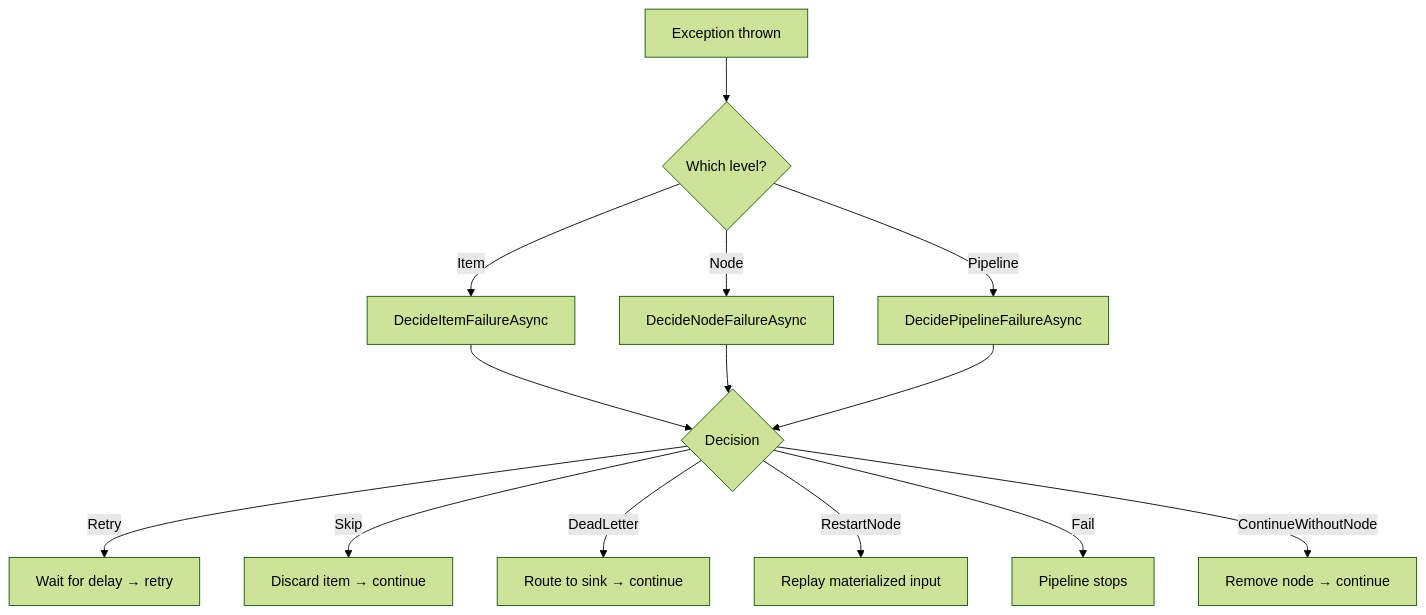
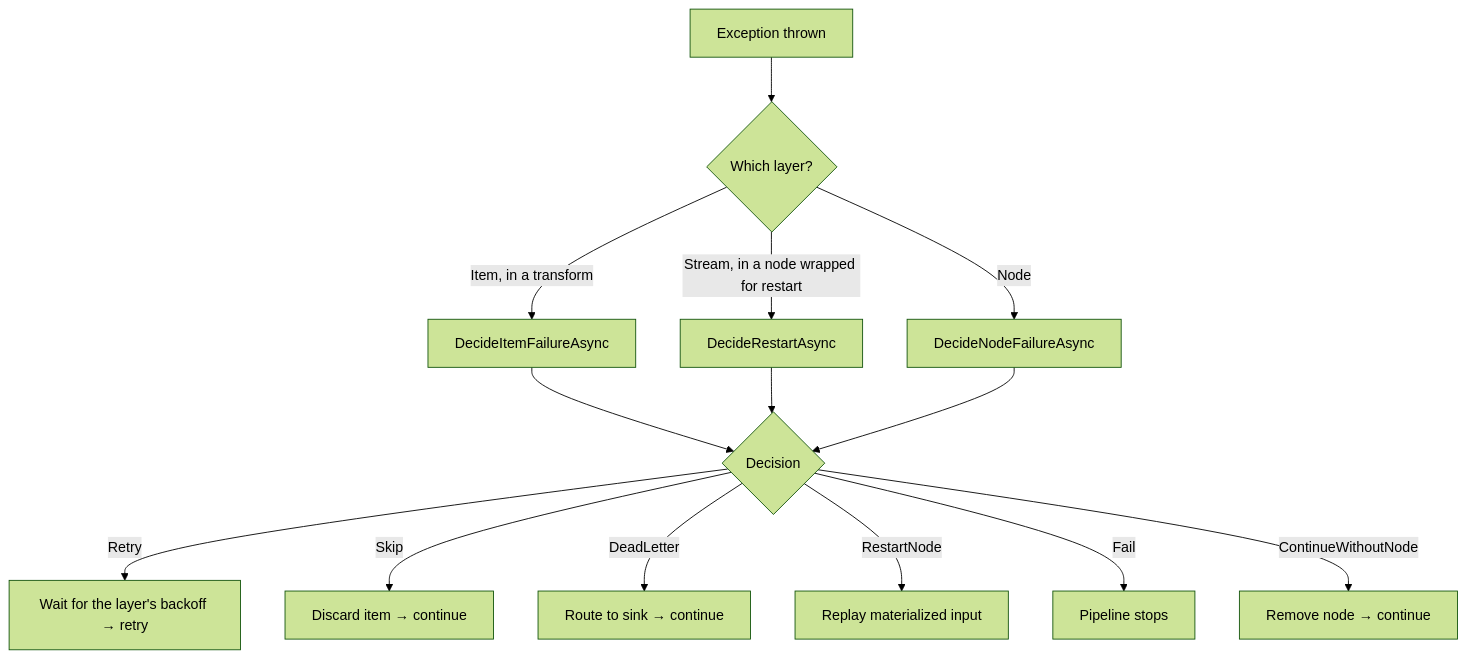
The diagram in docs/error-handling/index.md (npipeline/NPipeline), drawn with Mermaid (forest theme) before and after one commit. The commit also changed other lines of this file and 146 other files, not shown here.

````diff
--- a/docs/error-handling/index.md
+++ b/docs/error-handling/index.md
@@ -114,16 +119,16 @@
 ```mermaid
 flowchart TD
-    A[Exception thrown] --> B{Which level?}
-    B -->|Item| C[DecideItemFailureAsync]
-    B -->|Node| D[DecideNodeFailureAsync]
-    B -->|Pipeline| E[DecidePipelineFailureAsync]
+    A[Exception thrown] --> B{Which layer?}
+    B -->|Item, in a transform| C[DecideItemFailureAsync]
+    B -->|Stream, in a node wrapped for restart| D[DecideRestartAsync]
+    B -->|Node| E[DecideNodeFailureAsync]
     C --> F{Decision}
     D --> F
     E --> F
-    F -->|Retry| G[Wait for delay → retry]
+    F -->|Retry| G[Wait for the layer's backoff → retry]
     F -->|Skip| H[Discard item → continue]
     F -->|DeadLetter| I[Route to sink → continue]
     F -->|RestartNode| J[Replay materialized input]
     F -->|Fail| K[Pipeline stops]
     F -->|ContinueWithoutNode| L[Remove node → continue]
 ```
````
